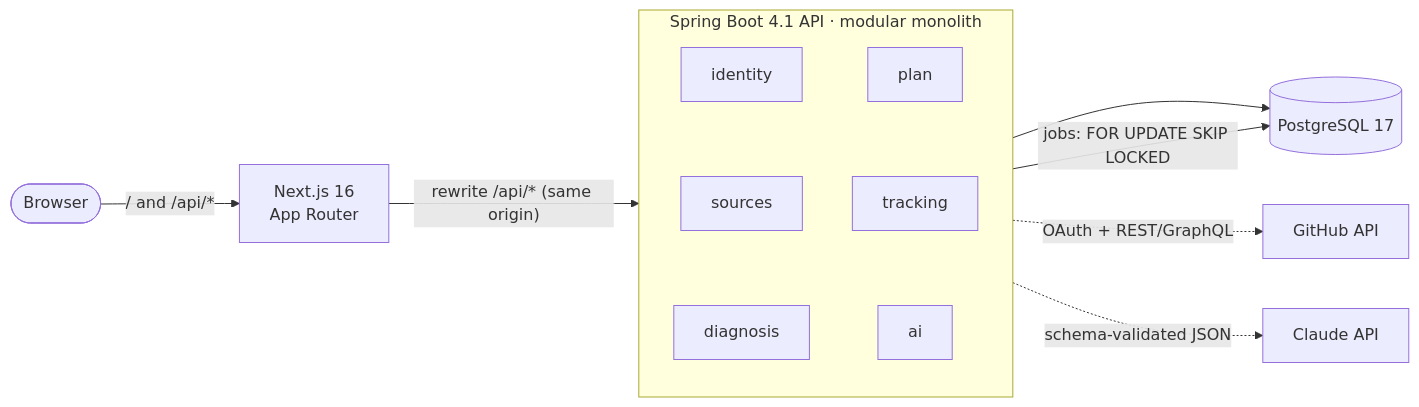
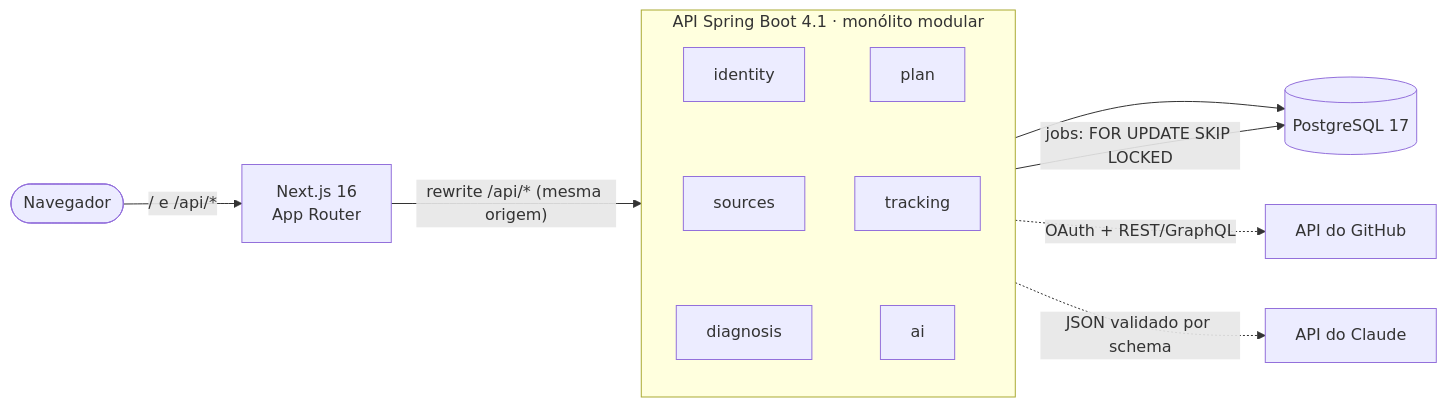
One commit to caio-machado-dev/rota-dev changed the diagram in README.md. Above: the diagram before and after it, drawn with Mermaid. The commit also changed other lines of this file and 3 other files, not shown here.

````diff
--- a/README.md
+++ b/README.md
@@ -43,16 +43,16 @@
 ```mermaid
 flowchart LR
-    U([Browser]) -->|"/  and  /api/*"| W["Next.js 16<br/>App Router"]
-    W -->|"rewrite /api/* (same origin)"| A
+    U([Navegador]) -->|"/  e  /api/*"| W["Next.js 16<br/>App Router"]
+    W -->|"rewrite /api/* (mesma origem)"| A
 
-    subgraph A["Spring Boot 4.1 API · modular monolith"]
+    subgraph A["API Spring Boot 4.1 · monólito modular"]
         direction TB
         M1[identity] ~~~ M2[sources] ~~~ M3[diagnosis]
         M4[plan] ~~~ M5[tracking] ~~~ M6[ai]
     end
 
     A --> DB[(PostgreSQL 17)]
     A -->|jobs: FOR UPDATE SKIP LOCKED| DB
-    A -.->|OAuth + REST/GraphQL| GH[GitHub API]
-    A -.->|schema-validated JSON| LLM[Claude API]
+    A -.->|OAuth + REST/GraphQL| GH[API do GitHub]
+    A -.->|JSON validado por schema| LLM[API do Claude]
 ```
````
